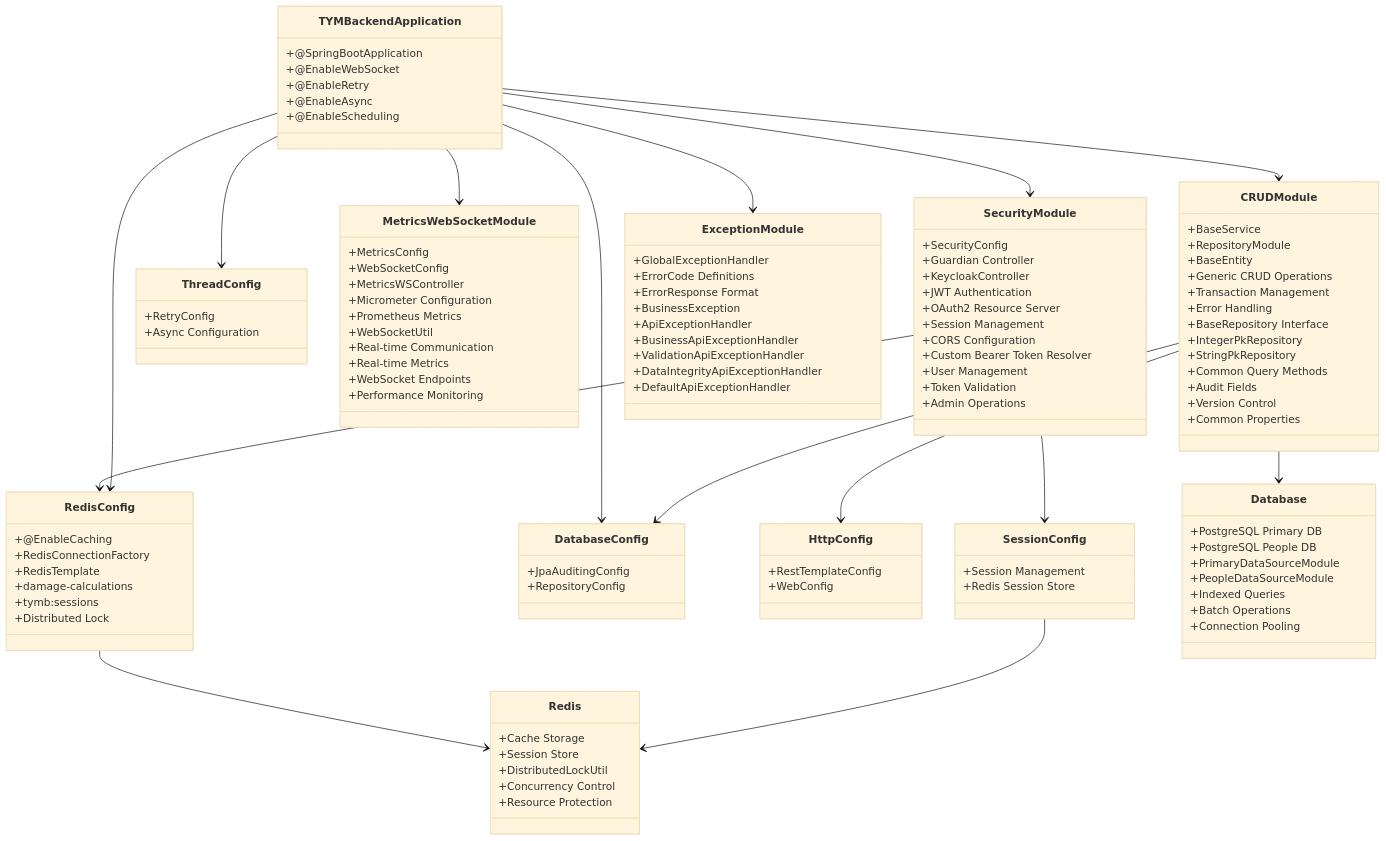
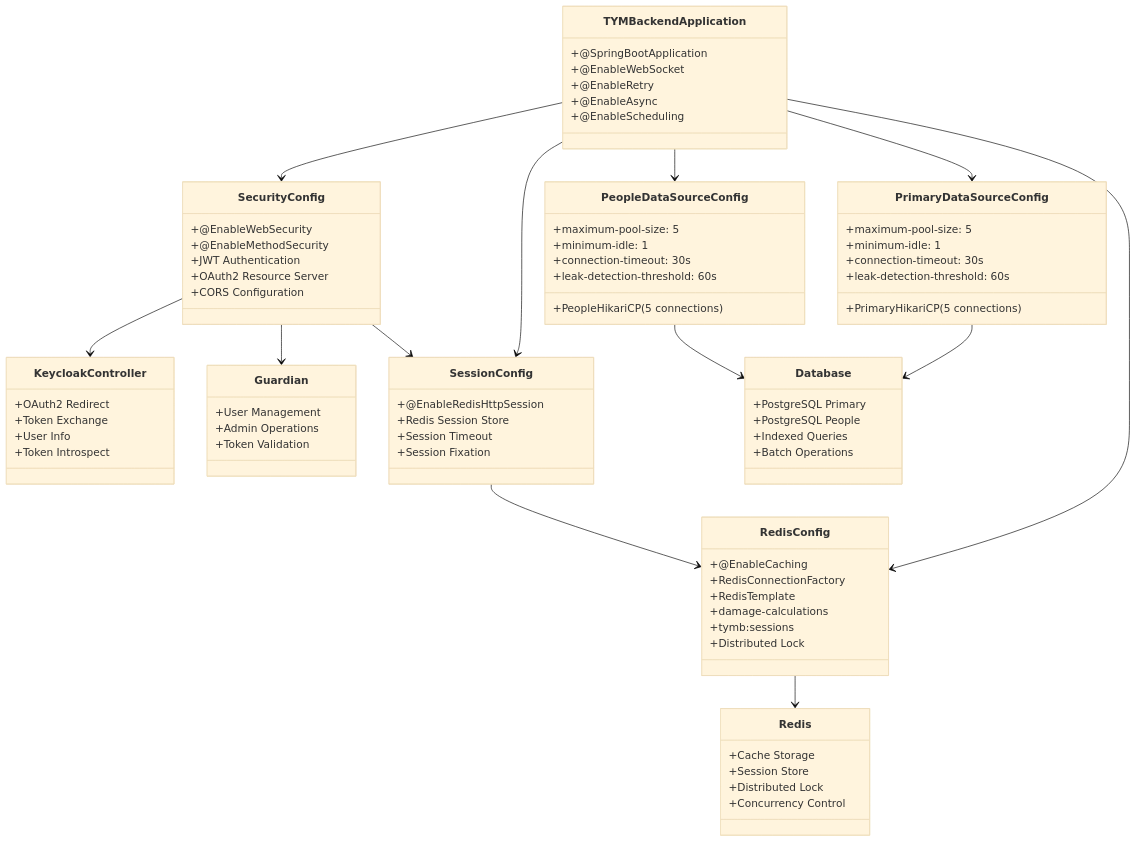
One commit to Vinskao/ty-multiverse-backend changed the first of 10 diagrams in README.md. Above: the diagram before and after it, drawn with Mermaid (base theme). The commit also changed other lines of this file, not shown here.

Commit message:
info: update graph

````diff
--- a/README.md
+++ b/README.md
@@ -7,5 +7,6 @@
 ```mermaid
 classDiagram
+    %% Application Layer
     class TYMBackendApplication {
         +@SpringBootApplication
         +@EnableWebSocket
@@ -14,22 +15,29 @@
         +@EnableScheduling
     }
     
-    %% Security & Authentication Module
-    class SecurityModule {
-        +SecurityConfig
-        +Guardian Controller
-        +KeycloakController
+    %% Security Layer
+    class SecurityConfig {
+        +@EnableWebSecurity
+        +@EnableMethodSecurity
         +JWT Authentication
         +OAuth2 Resource Server
-        +Session Management
         +CORS Configuration
-        +Custom Bearer Token Resolver
-        +User Management
-        +Token Validation
-        +Admin Operations
     }
     
-    %% Core Config Modules
+    class KeycloakController {
+        +OAuth2 Redirect
+        +Token Exchange
+        +User Info
+        +Token Introspect
+    }
+    
+    class Guardian {
+        +User Management
+        +Admin Operations
+        +Token Validation
+    }
+    
+    %% Configuration Layer
     class RedisConfig {
         +@EnableCaching
         +RedisConnectionFactory
@@ -39,118 +47,58 @@
         +Distributed Lock
     }
     
-    class DatabaseConfig {
-        +JpaAuditingConfig
-        +RepositoryConfig
+    class PrimaryDataSourceConfig {
+        +PrimaryHikariCP (5 connections)
+        +maximum-pool-size: 5
+        +minimum-idle: 1
+        +connection-timeout: 30s
+        +leak-detection-threshold: 60s
     }
     
-    class HttpConfig {
-        +RestTemplateConfig
-        +WebConfig
+    class PeopleDataSourceConfig {
+        +PeopleHikariCP (5 connections)
+        +maximum-pool-size: 5
+        +minimum-idle: 1
+        +connection-timeout: 30s
+        +leak-detection-threshold: 60s
     }
     
     class SessionConfig {
-        +Session Management
+        +@EnableRedisHttpSession
         +Redis Session Store
+        +Session Timeout
+        +Session Fixation
     }
     
-    class ThreadConfig {
-        +RetryConfig
-        +Async Configuration
-    }
-    
-    %% Metrics & WebSocket Module
-    class MetricsWebSocketModule {
-        +MetricsConfig
-        +WebSocketConfig
-        +MetricsWSController
-        +Micrometer Configuration
-        +Prometheus Metrics
-        +WebSocketUtil
-        +Real-time Communication
-        +Real-time Metrics
-        +WebSocket Endpoints
-        +Performance Monitoring
-    }
-    
-
-    
-    %% CRUD Module
-    class CRUDModule {
-        +BaseService
-        +RepositoryModule
-        +BaseEntity
-        +Generic CRUD Operations
-        +Transaction Management
-        +Error Handling
-        +BaseRepository Interface
-        +IntegerPkRepository
-        +StringPkRepository
-        +Common Query Methods
-        +Audit Fields
-        +Version Control
-        +Common Properties
-    }
-    
-
-    
-    %% Core Exception Modules
-    class ExceptionModule {
-        +GlobalExceptionHandler
-        +ErrorCode Definitions
-        +ErrorResponse Format
-        +BusinessException
-        +ApiExceptionHandler
-        +BusinessApiExceptionHandler
-        +ValidationApiExceptionHandler
-        +DataIntegrityApiExceptionHandler
-        +DefaultApiExceptionHandler
-    }
-    
-
-    
-
-    
-
-    
-    %% External Systems
+    %% Infrastructure Layer
     class Database {
-        +PostgreSQL Primary DB
-        +PostgreSQL People DB
-        +PrimaryDataSourceModule
-        +PeopleDataSourceModule
+        +PostgreSQL Primary
+        +PostgreSQL People
         +Indexed Queries
         +Batch Operations
-        +Connection Pooling
     }
     
     class Redis {
         +Cache Storage
         +Session Store
-        +DistributedLockUtil
+        +Distributed Lock
         +Concurrency Control
-        +Resource Protection
     }
     
-    %% Core Application Layer (第一層 - 核心應用層)
-    TYMBackendApplication --> SecurityModule
-    TYMBackendApplication --> ExceptionModule
-    TYMBackendApplication --> CRUDModule
+    %% Layer Relationships
+    TYMBackendApplication --> SecurityConfig
+    TYMBackendApplication --> RedisConfig
+    TYMBackendApplication --> PrimaryDataSourceConfig
+    TYMBackendApplication --> PeopleDataSourceConfig
+    TYMBackendApplication --> SessionConfig
     
-    %% Configuration Layer (第二層 - 配置層)
-    SecurityModule --> RedisConfig
-    SecurityModule --> SessionConfig
-    TYMBackendApplication --> RedisConfig
-    TYMBackendApplication --> DatabaseConfig
-    TYMBackendApplication --> ThreadConfig
-    TYMBackendApplication --> MetricsWebSocketModule
+    SecurityConfig --> KeycloakController
+    SecurityConfig --> Guardian
+    SecurityConfig --> SessionConfig
     
-    %% CRUD & Database Layer (第二層 - CRUD與數據庫層)
-    CRUDModule --> HttpConfig
-    CRUDModule --> DatabaseConfig
+    SessionConfig --> RedisConfig
+    RedisConfig --> Redis
     
-    %% External Systems Layer (第三層 - 外部系統層)
-    RedisConfig --> Redis
-    SessionConfig --> Redis
-    CRUDModule --> Database
+    PrimaryDataSourceConfig --> Database
+    PeopleDataSourceConfig --> Database
 ```
````
